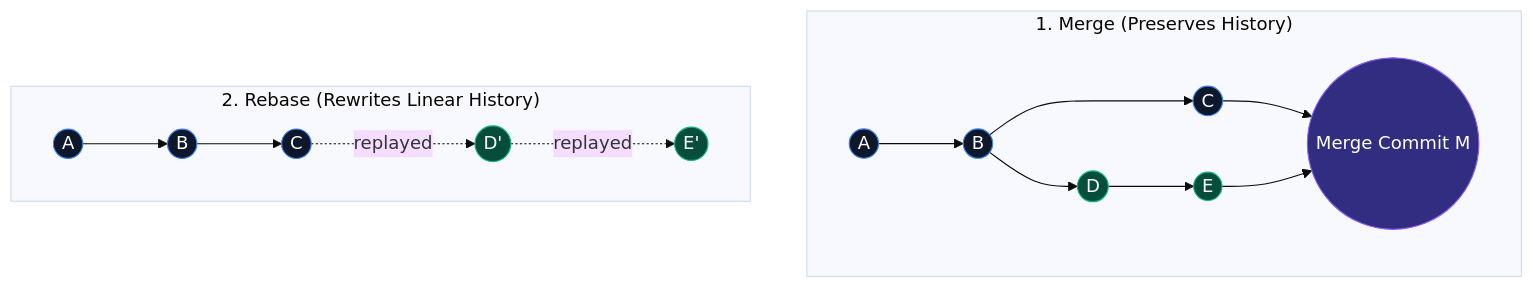
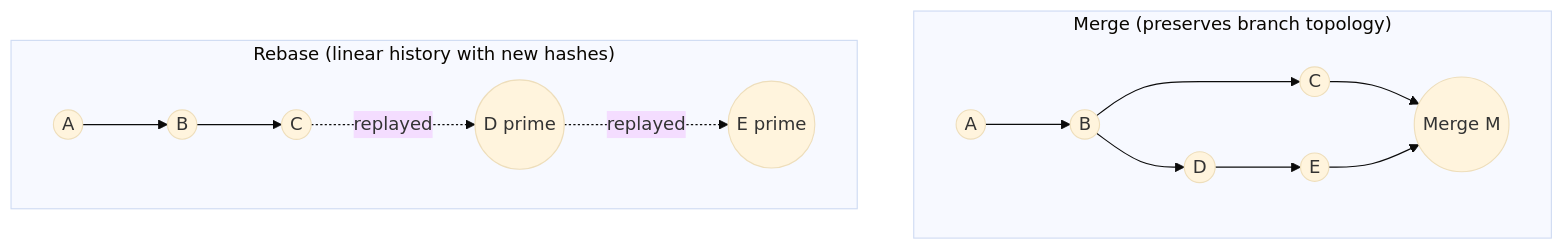
One commit to ravishankar2463/java_hub changed the fifth of 5 diagrams in content/roadmap/level-0/git-version-control.md. Above: the diagram before and after it, drawn with Mermaid (base theme). The commit also changed other lines of this file and 119 other files, not shown here.

Commit message:
feat: add comprehensive java learning roadmap content across multiple levels

````diff
--- a/content/roadmap/level-0/git-version-control.md
+++ b/content/roadmap/level-0/git-version-control.md
@@ -203,27 +267,14 @@
 ```mermaid
 flowchart TD
-    subgraph MergeScenario ["1. Merge (Preserves History)"]
-        M1((A)) --> M2((B)) --> M3((C))
-        M2 --> M4((D)) --> M5((E))
-        M3 --> M6((Merge Commit M))
+    subgraph Merge["Merge (preserves branch topology)"]
+        M1(("A")) --> M2(("B")) --> M3(("C"))
+        M2 --> M4(("D")) --> M5(("E"))
+        M3 --> M6(("Merge M"))
         M5 --> M6
     end
 
-    subgraph RebaseScenario ["2. Rebase (Rewrites Linear History)"]
-        R1((A)) --> R2((B)) --> R3((C))
-        R3 -. replayed .-> R4((D')) -. replayed .-> R5((E'))
+    subgraph Rebase["Rebase (linear history with new hashes)"]
+        R1(("A")) --> R2(("B")) --> R3(("C"))
+        R3 -.->|"replayed"| R4(("D prime")) -.->|"replayed"| R5(("E prime"))
     end
-
-    style M1 fill:#0f172a,stroke:#3b82f6,color:#fff
-    style M2 fill:#0f172a,stroke:#3b82f6,color:#fff
-    style M3 fill:#0f172a,stroke:#3b82f6,color:#fff
-    style M4 fill:#064e3b,stroke:#10b981,color:#fff
-    style M5 fill:#064e3b,stroke:#10b981,color:#fff
-    style M6 fill:#312e81,stroke:#8b5cf6,color:#fff
-
-    style R1 fill:#0f172a,stroke:#3b82f6,color:#fff
-    style R2 fill:#0f172a,stroke:#3b82f6,color:#fff
-    style R3 fill:#0f172a,stroke:#3b82f6,color:#fff
-    style R4 fill:#064e3b,stroke:#10b981,color:#fff
-    style R5 fill:#064e3b,stroke:#10b981,color:#fff
 ```
````
